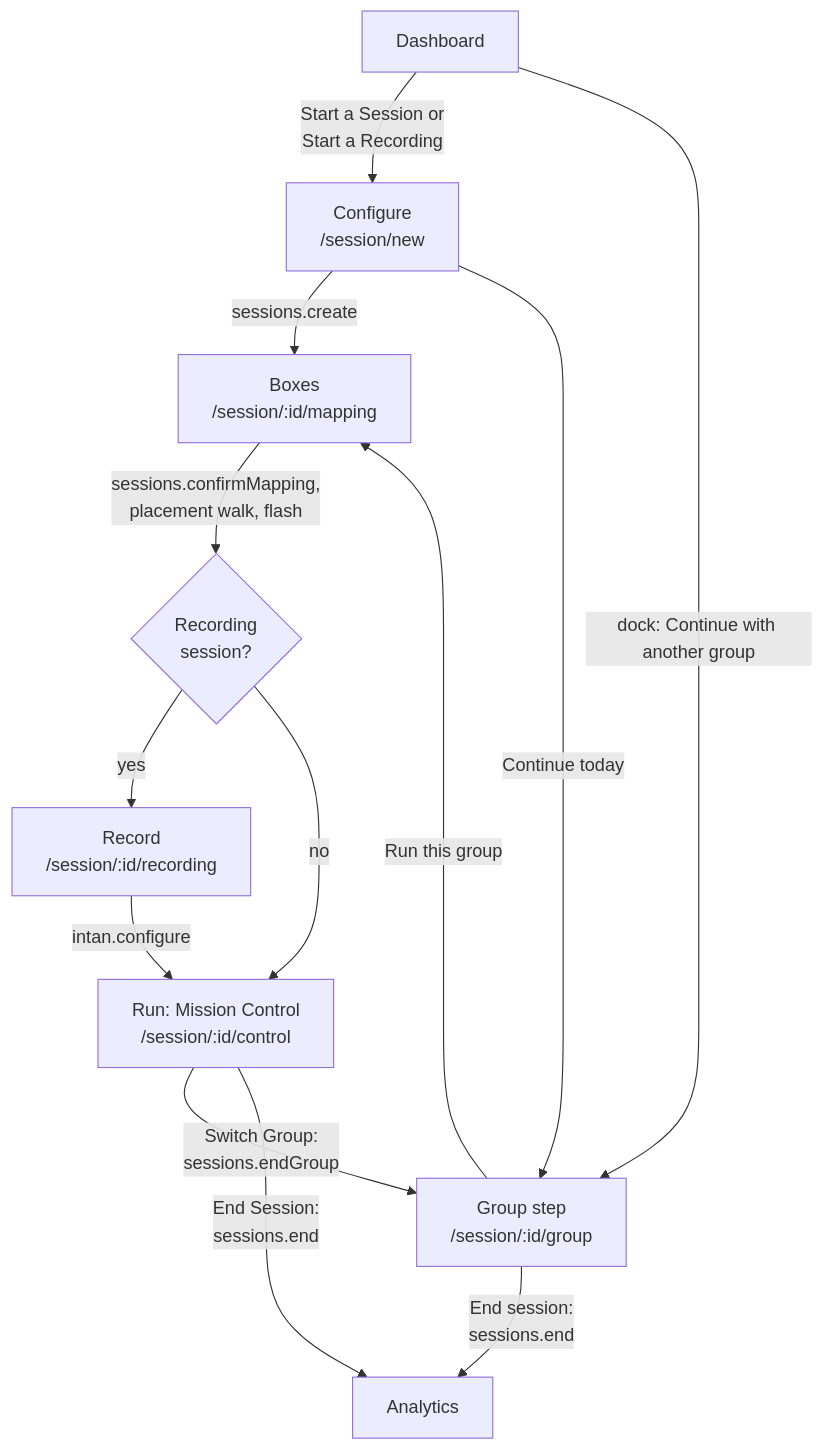
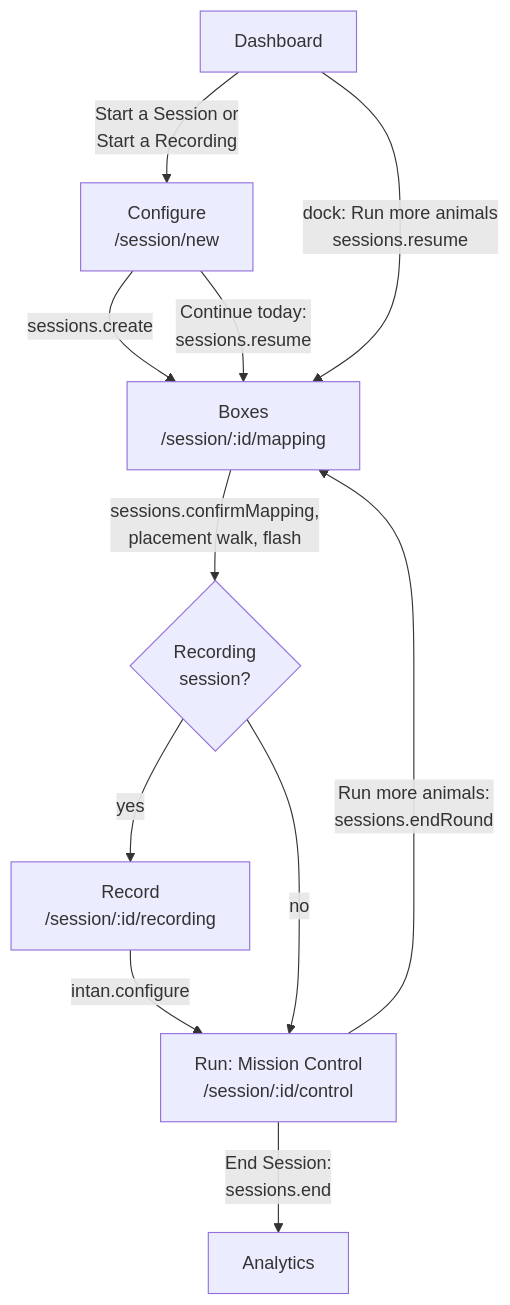
One commit to Chase-NJ/Ephymeris changed the fifth of 8 diagrams in docs/ARCHITECTURE.md. Above: the diagram before and after it, drawn with Mermaid. The commit also changed other lines of this file and 135 other files, not shown here.

First line of the commit message:
Replace groups with rounds; redesign session setup; add Mission Control progress tabs (#232)

````diff
--- a/docs/ARCHITECTURE.md
+++ b/docs/ARCHITECTURE.md
@@ -487,15 +487,13 @@
 ```mermaid
 flowchart TD
     dash["Dashboard"] -->|"Start a Session or<br/>Start a Recording"| config["Configure<br/>/session/new"]
     config -->|"sessions.create"| mapping["Boxes<br/>/session/:id/mapping"]
     mapping -->|"sessions.confirmMapping,<br/>placement walk, flash"| isRec{"Recording<br/>session?"}
     isRec -->|yes| record["Record<br/>/session/:id/recording"]
     record -->|"intan.configure"| control["Run: Mission Control<br/>/session/:id/control"]
     isRec -->|no| control
-    control -->|"Switch Group:<br/>sessions.endGroup"| group["Group step<br/>/session/:id/group"]
-    group -->|"Run this group"| mapping
-    group -->|"End session:<br/>sessions.end"| analytics["Analytics"]
-    control -->|"End Session:<br/>sessions.end"| analytics
-    dash -->|"dock: Continue with another group"| group
-    config -->|"Continue today"| group
+    control -->|"Run more animals:<br/>sessions.endRound"| mapping
+    control -->|"End Session:<br/>sessions.end"| analytics["Analytics"]
+    dash -->|"dock: Run more animals<br/>sessions.resume"| mapping
+    config -->|"Continue today:<br/>sessions.resume"| mapping
 ```
````
